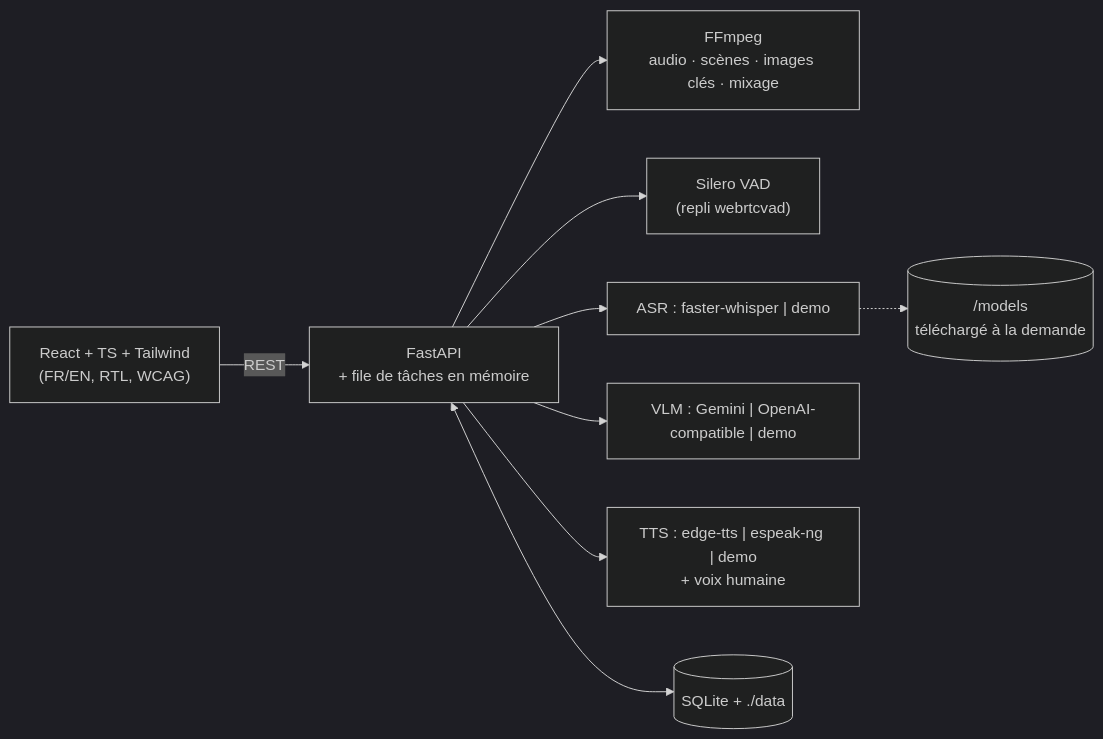
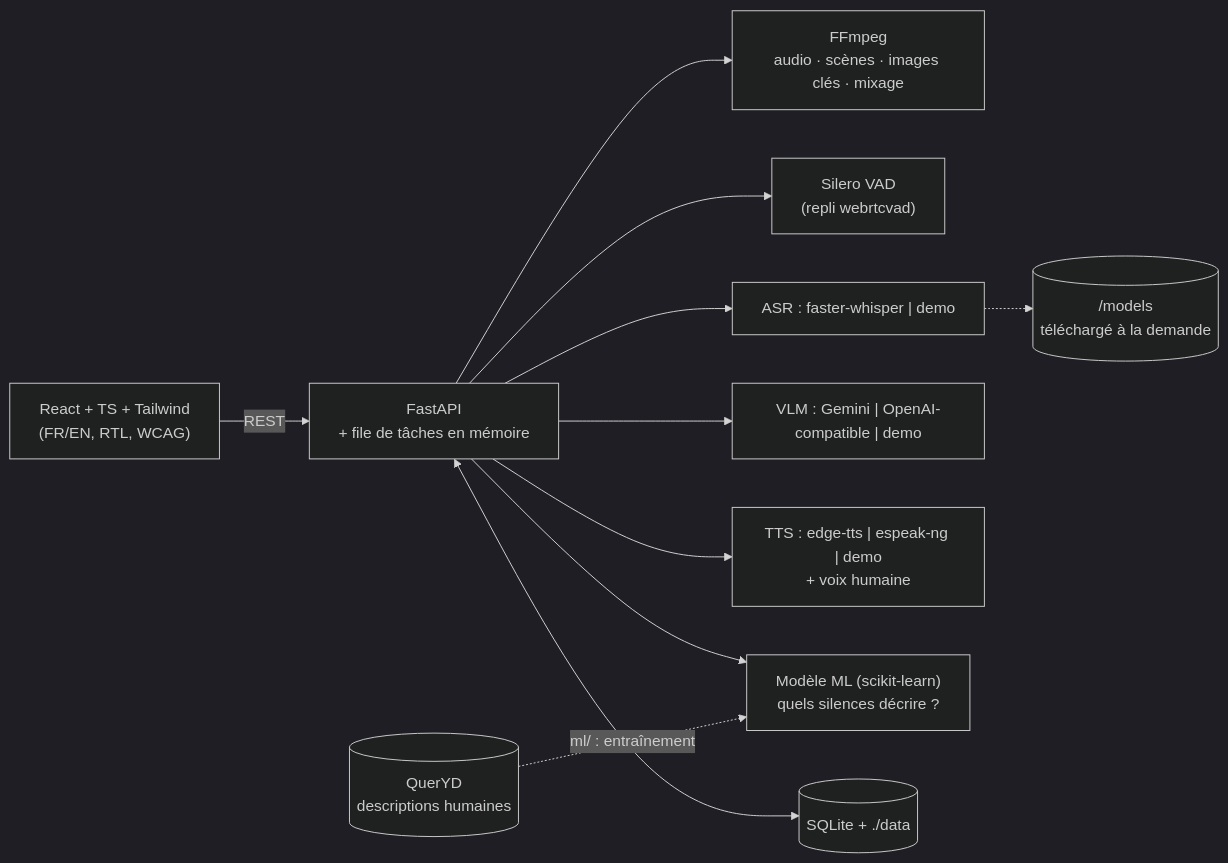
One commit to LouaySaidani/hackathonjunior changed the diagram in README.md. Above: the diagram before and after it, drawn with Mermaid (dark theme). The commit also changed other lines of this file, not shown here.

````diff
--- a/README.md
+++ b/README.md
@@ -65,11 +65,13 @@
 ```mermaid
 flowchart LR
   UI["React + TS + Tailwind<br/>(FR/EN, RTL, WCAG)"] -- REST --> API["FastAPI<br/>+ file de tâches en mémoire"]
   API --> FF["FFmpeg<br/>audio · scènes · images clés · mixage"]
   API --> VAD["Silero VAD<br/>(repli webrtcvad)"]
   API --> ASR["ASR : faster-whisper | demo"]
   API --> VLM["VLM : Gemini | OpenAI-compatible | demo"]
   API --> TTS["TTS : edge-tts | espeak-ng | demo<br/>+ voix humaine"]
+  API --> ML["Modèle ML (scikit-learn)<br/>quels silences décrire ?"]
   API <--> DB[("SQLite + ./data")]
   ASR -.-> M[("/models<br/>téléchargé à la demande")]
+  Q[("QuerYD<br/>descriptions humaines")] -. "ml/ : entraînement" .-> ML
 ```
````
